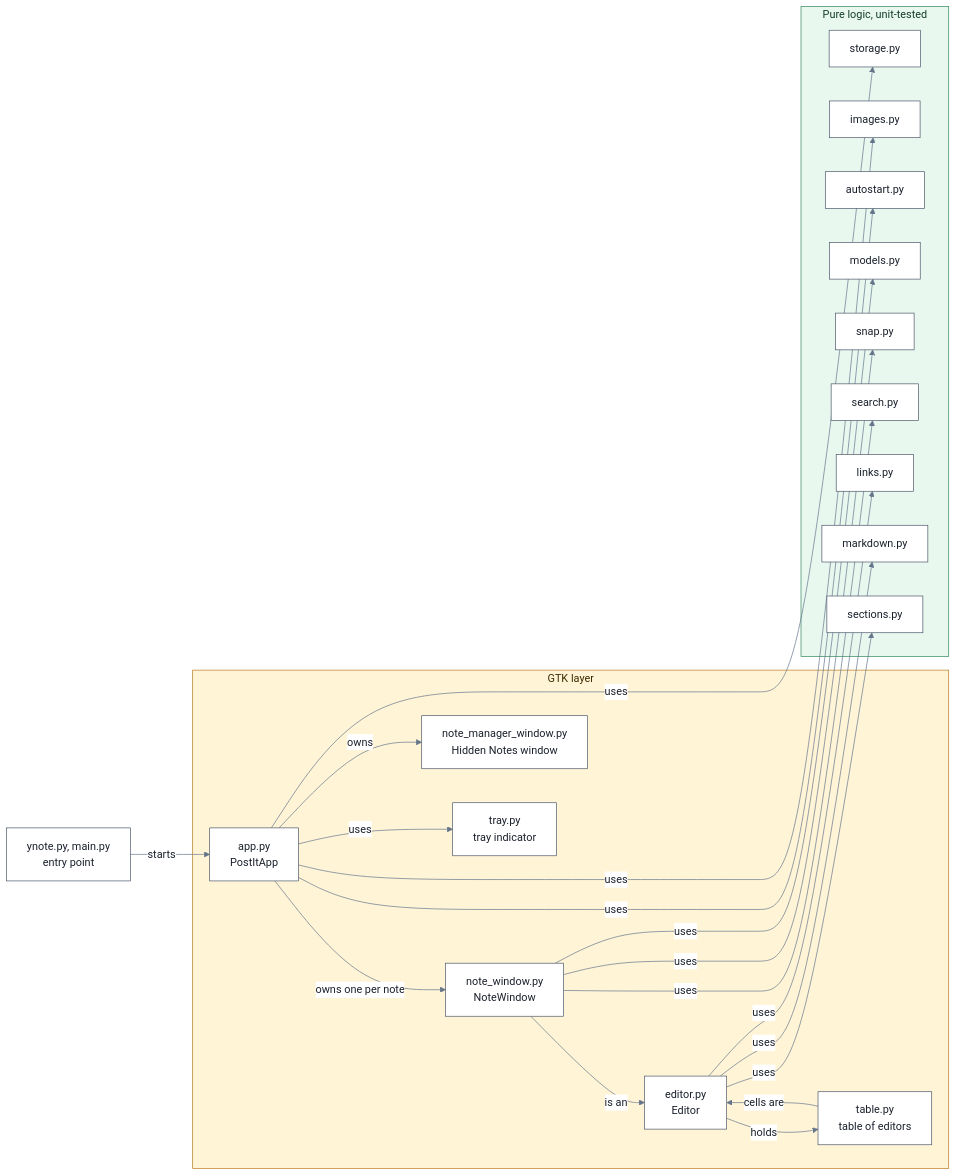
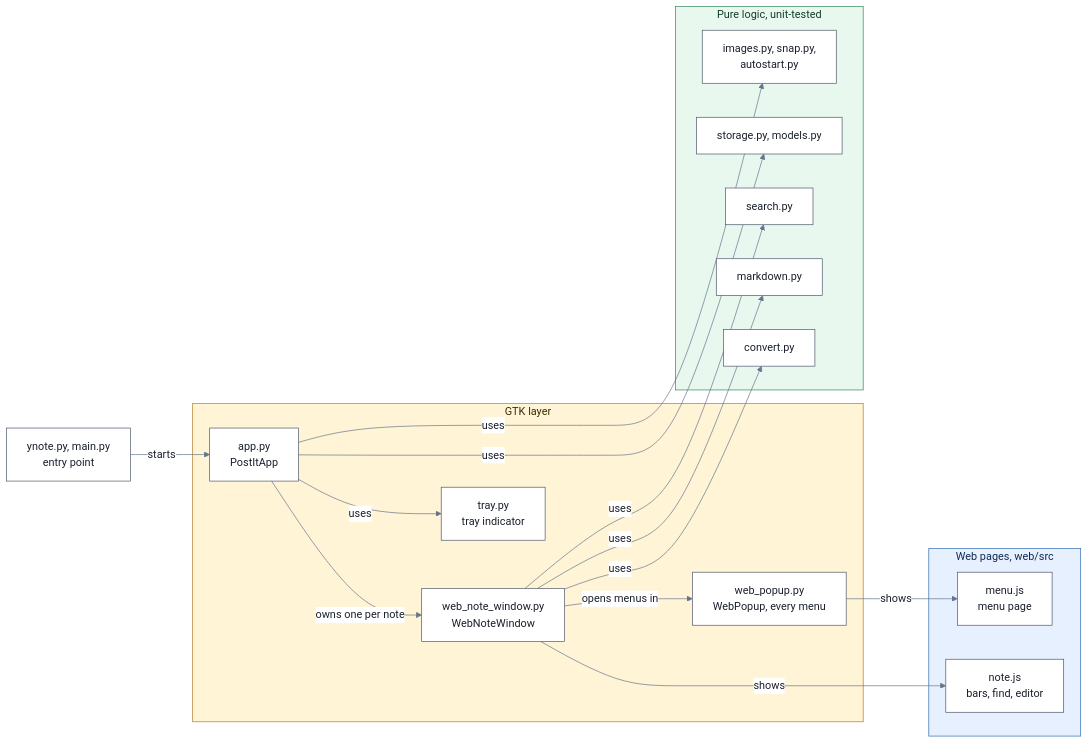
The first of 2 diagrams in ARCHITECTURE.md (vacu9708/ynote), drawn with Mermaid before and after one commit. The commit also changed other lines of this file and 56 other files, not shown here.

````diff
--- a/ARCHITECTURE.md
+++ b/ARCHITECTURE.md
@@ -13,48 +15,43 @@
 ```mermaid
 %%{init: {'theme': 'base', 'themeVariables': {'primaryColor': '#FFFFFF', 'primaryTextColor': '#1A202C', 'primaryBorderColor': '#4A5568', 'lineColor': '#64748B', 'edgeLabelBackground': '#FFFFFF', 'titleColor': '#1A202C'}}}%%
 flowchart LR
     Main["ynote.py, main.py<br/>entry point"]
 
     subgraph GTK["GTK layer"]
         App["app.py<br/>PostItApp"]
-        Window["note_window.py<br/>NoteWindow"]
-        Editor["editor.py<br/>Editor"]
-        Table["table.py<br/>table of editors"]
-        Manager["note_manager_window.py<br/>Hidden Notes window"]
+        Window["web_note_window.py<br/>WebNoteWindow"]
+        Popup["web_popup.py<br/>WebPopup, every menu"]
         Tray["tray.py<br/>tray indicator"]
     end
 
+    subgraph Page["Web pages, web/src"]
+        Note["note.js<br/>bars, find, editor"]
+        Menu["menu.js<br/>menu page"]
+    end
+
     subgraph Pure["Pure logic, unit-tested"]
-        Storage["storage.py"]
-        Images["images.py"]
-        Autostart["autostart.py"]
-        Models["models.py"]
-        Snap["snap.py"]
+        Storage["storage.py, models.py"]
+        Convert["convert.py"]
+        Markdown["markdown.py"]
         Search["search.py"]
-        Links["links.py"]
-        Markdown["markdown.py"]
-        Sections["sections.py"]
+        Other["images.py, snap.py,<br/>autostart.py"]
     end
 
     Main -->|starts| App
     App -->|owns one per note| Window
-    App -->|owns| Manager
     App -->|uses| Tray
     App -->|uses| Storage
-    App -->|uses| Images
-    App -->|uses| Autostart
-    Window -->|is an| Editor
-    Window -->|uses| Models
-    Window -->|uses| Snap
+    Window -->|shows| Note
+    Window -->|opens menus in| Popup
+    Popup -->|shows| Menu
+    Window -->|uses| Convert
+    Window -->|uses| Markdown
     Window -->|uses| Search
-    Editor -->|uses| Links
-    Editor -->|uses| Markdown
-    Editor -->|uses| Sections
-    Editor -->|holds| Table
-    Table -->|cells are| Editor
+    App -->|uses| Other
 
     classDef node fill:#FFFFFF,stroke:#4A5568,color:#1A202C
-    class Main,App,Window,Editor,Table,Manager,Tray,Storage,Images,Autostart,Models,Snap,Search,Links,Markdown,Sections node
+    class Main,App,Window,Popup,Tray,Note,Menu,Storage,Convert,Markdown,Search,Other node
     style GTK fill:#FFF4D6,stroke:#B7791F,color:#3D2C00
+    style Page fill:#E6F0FF,stroke:#2B6CB0,color:#102A54
     style Pure fill:#E8F8EF,stroke:#2F855A,color:#143C2B
 ```
````
